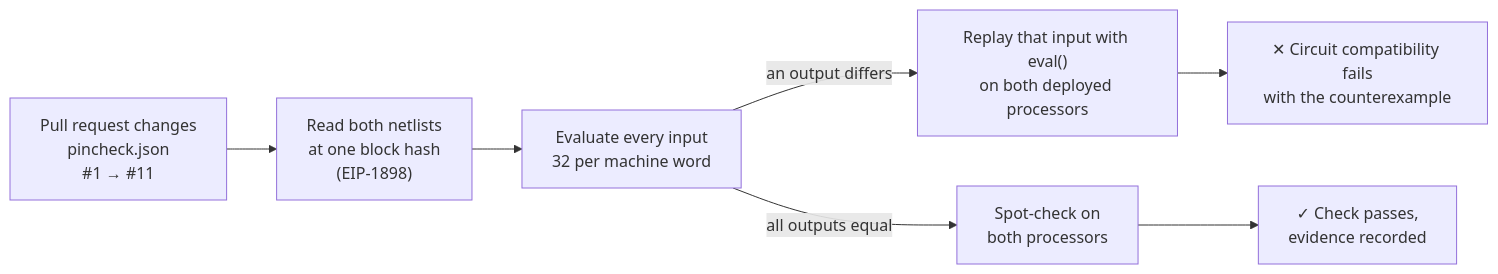
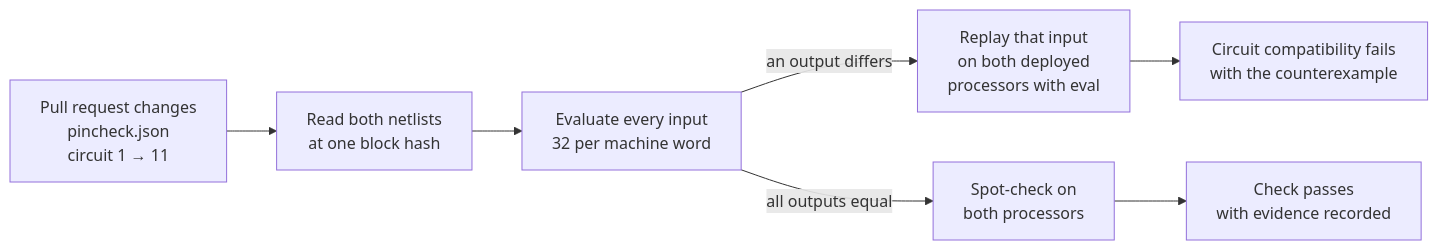
One commit to hackcat29/PinCheck changed the diagram in README.md. Above: the diagram before and after it, drawn with Mermaid.

Commit message:
Fix the README flow diagram so GitHub renders it
Mermaid read the '#' in '#1 → #11' as an entity code; the labels now avoid it.

````diff
--- a/README.md
+++ b/README.md
@@ -42,9 +42,9 @@
 ```mermaid
 flowchart LR
-  A["Pull request changes<br/>pincheck.json<br/>#1 → #11"] --> B["Read both netlists<br/>at one block hash<br/>(EIP-1898)"]
+  A["Pull request changes<br/>pincheck.json<br/>circuit 1 → 11"] --> B["Read both netlists<br/>at one block hash"]
   B --> C["Evaluate every input<br/>32 per machine word"]
-  C -->|an output differs| D["Replay that input with eval()<br/>on both deployed processors"]
+  C -->|an output differs| D["Replay that input<br/>on both deployed<br/>processors with eval"]
   C -->|all outputs equal| E["Spot-check on<br/>both processors"]
-  D --> F["✕ Circuit compatibility fails<br/>with the counterexample"]
-  E --> G["✓ Check passes,<br/>evidence recorded"]
+  D --> F["Circuit compatibility fails<br/>with the counterexample"]
+  E --> G["Check passes<br/>with evidence recorded"]
 ```
````
